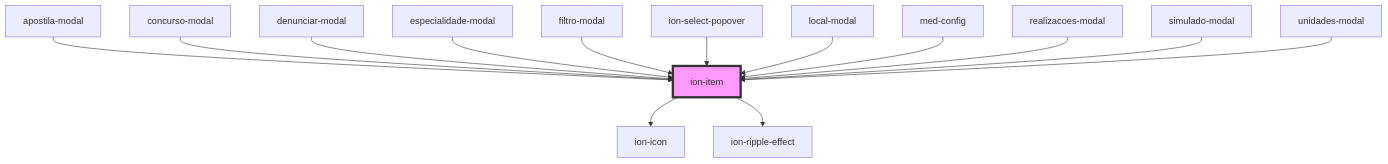
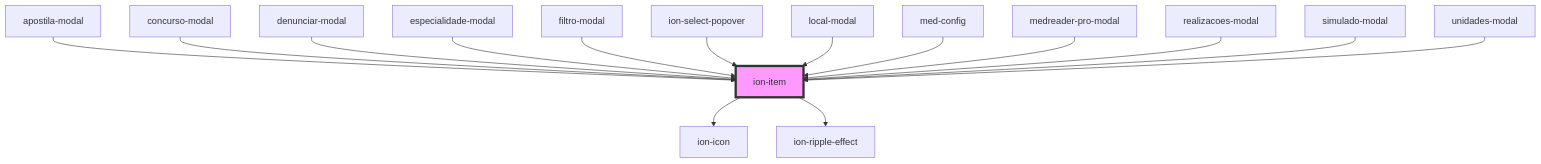
One commit to MEDGRUPOGIT/ionic-framework-1 changed the diagram in core/src/components/item/readme.md. Above: the diagram before and after it, drawn with Mermaid. The commit also changed other lines of this file and 20 other files, not shown here.

````diff
--- a/core/src/components/item/readme.md
+++ b/core/src/components/item/readme.md
@@ -1943,17 +1944,18 @@
 ```mermaid
 graph TD;
   ion-item --> ion-icon
   ion-item --> ion-ripple-effect
   apostila-modal --> ion-item
   concurso-modal --> ion-item
   denunciar-modal --> ion-item
   especialidade-modal --> ion-item
   filtro-modal --> ion-item
   ion-select-popover --> ion-item
   local-modal --> ion-item
   med-config --> ion-item
+  medreader-pro-modal --> ion-item
   realizacoes-modal --> ion-item
   simulado-modal --> ion-item
   unidades-modal --> ion-item
   style ion-item fill:#f9f,stroke:#333,stroke-width:4px
 ```
````
